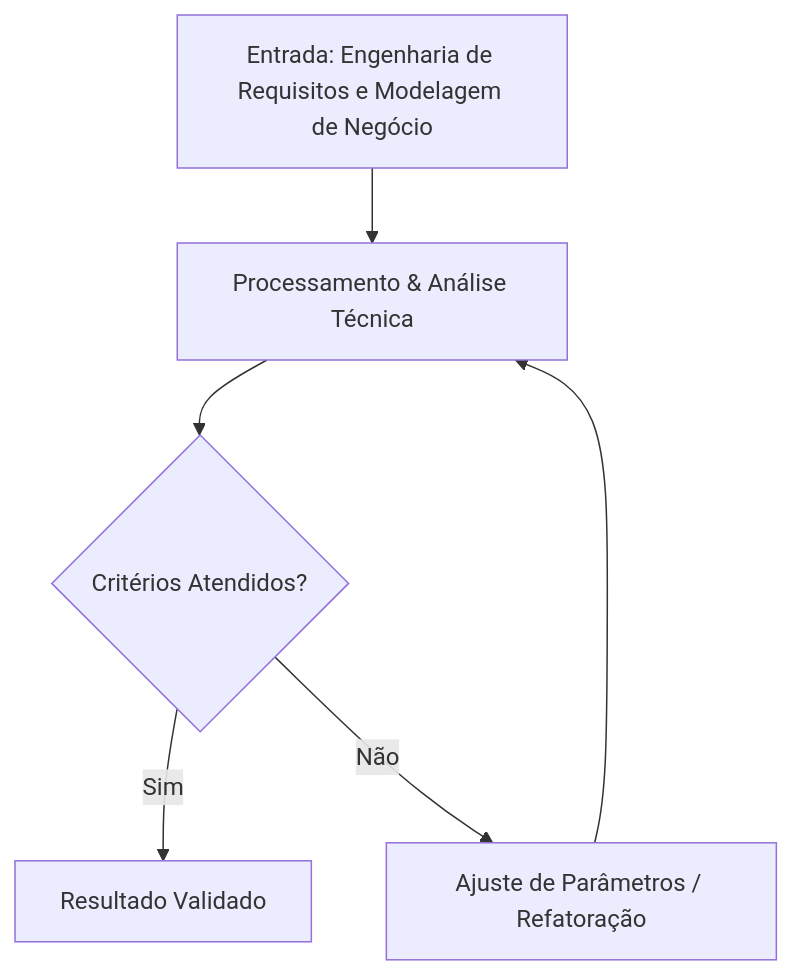
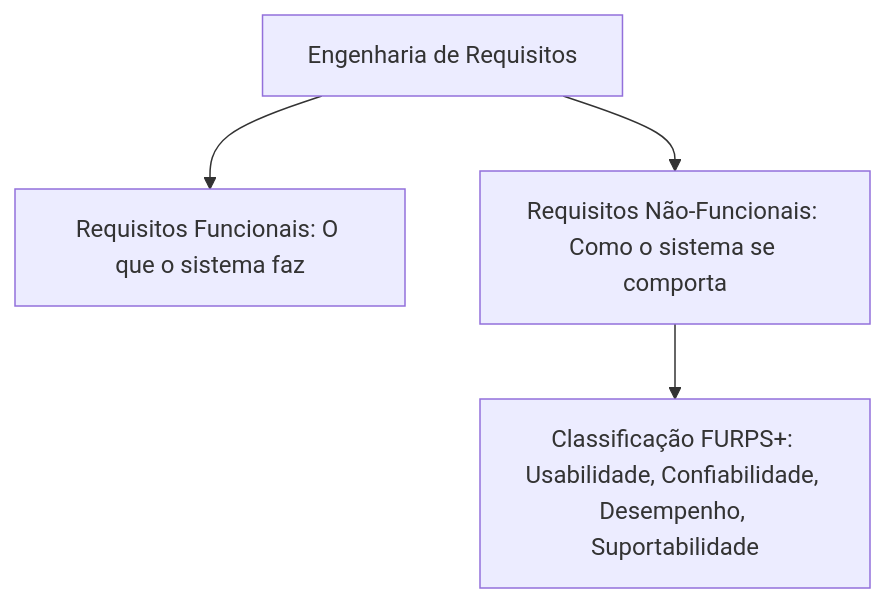
One commit to pedroiff0/page changed the diagram in content/pt-br/resource/Engenharia de Computação/6-periodo/analise-de-software-orientada-a-objetos/anotacoes/aula-02-engenharia-de-requisitos-e-modelagem-de-negocio.md. Above: the diagram before and after it, drawn with Mermaid. The commit also changed other lines of this file and 826 other files, not shown here.

````diff
--- a/content/pt-br/resource/Engenharia de Computação/6-periodo/analise-de-software-orientada-a-objetos/anotacoes/aula-02-engenharia-de-requisitos-e-modelagem-de-negocio.md
+++ b/content/pt-br/resource/Engenharia de Computação/6-periodo/analise-de-software-orientada-a-objetos/anotacoes/aula-02-engenharia-de-requisitos-e-modelagem-de-negocio.md
@@ -74,8 +82,6 @@
 ```mermaid
 flowchart TD
-    A[Entrada: Engenharia de Requisitos e Modelagem de Negócio] --> B[Processamento & Análise Técnica]
-    B --> C{Critérios Atendidos?}
-    C -- Sim --> D[Resultado Validado]
-    C -- Não --> E[Ajuste de Parâmetros / Refatoração]
-    E --> B
+    Req[Engenharia de Requisitos] --> RF[Requisitos Funcionais: O que o sistema faz]
+    Req --> RNF[Requisitos Não-Funcionais: Como o sistema se comporta]
+    RNF --> FURPS[Classificação FURPS+: Usabilidade, Confiabilidade, Desempenho, Suportabilidade]
 ```
````
